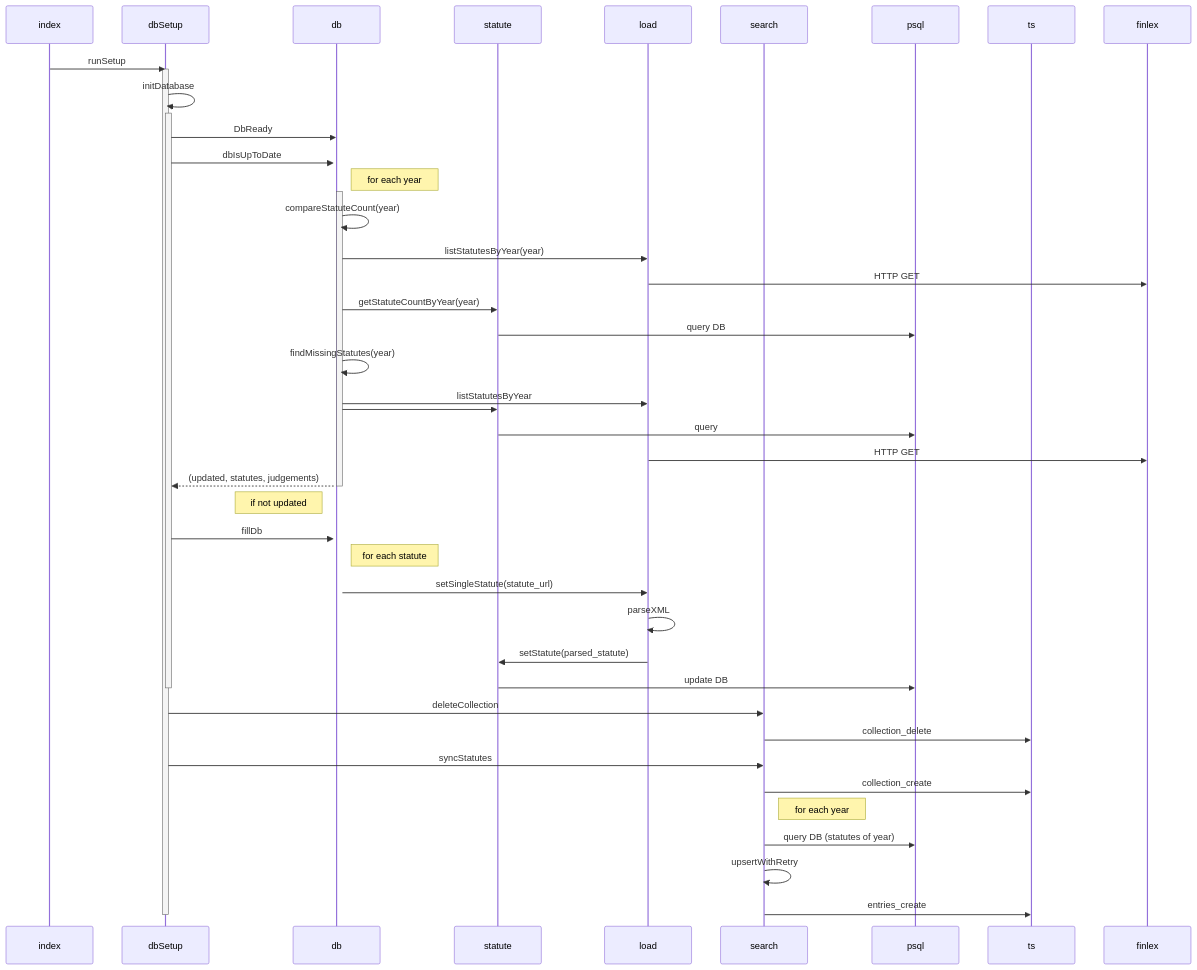
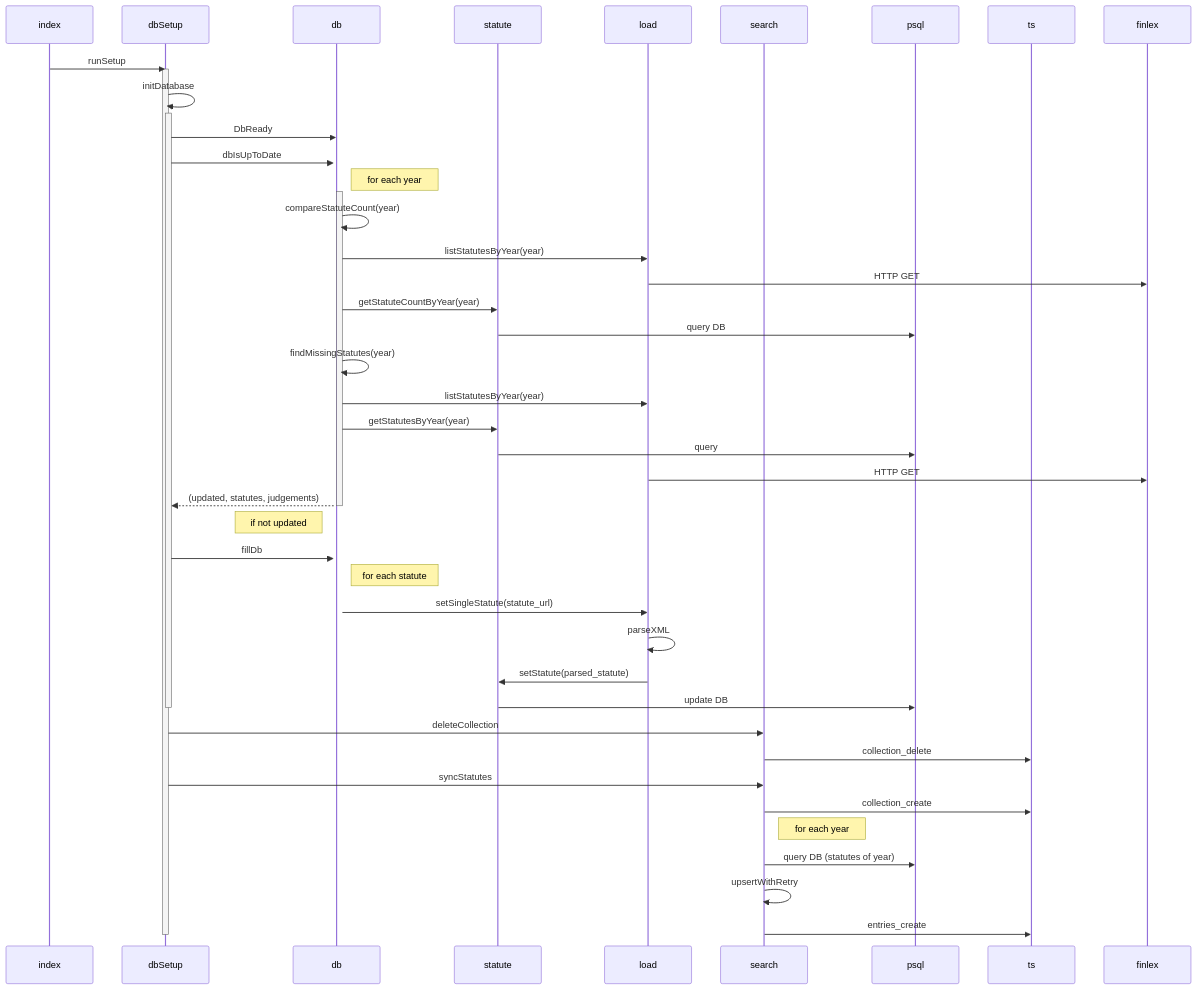
Before and after one commit to UniversityOfHelsinkiCS/finlex: the diagram in README.md, drawn with Mermaid.

Commit message:
fix diagram moar

````diff
--- a/README.md
+++ b/README.md
@@ -18,51 +18,51 @@
 ```mermaid
 sequenceDiagram
   participant index
   participant dbSetup
   participant db
   participant statute
   participant load
   participant search
   participant psql
   participant ts
   participant finlex
 
   index ->> dbSetup: runSetup
   activate dbSetup
   dbSetup ->> dbSetup: initDatabase
   activate dbSetup
   dbSetup ->> db: DbReady
   dbSetup ->>+ db: dbIsUpToDate
   Note right of db: for each year
   activate db
   db ->> db: compareStatuteCount(year)
   db ->> load: listStatutesByYear(year)
   load ->> finlex: HTTP GET
   db ->> statute: getStatuteCountByYear(year)
   statute ->> psql: query DB
   db ->> db: findMissingStatutes(year)
-  db ->> load : listStatutesByYear
-  db ->> statute: 
+  db ->> load : listStatutesByYear(year)
+  db ->> statute: getStatutesByYear(year)
   statute ->> psql: query
   load ->> finlex: HTTP GET
   db -->> dbSetup: (updated, statutes, judgements)
   deactivate db
   Note left of db: if not updated
   dbSetup ->> db: fillDb
   activate db
   Note right of db: for each statute
   db ->> load: setSingleStatute(statute_url)
   load ->> load: parseXML
   load ->> statute: setStatute(parsed_statute)
   statute ->> psql: update DB
   deactivate dbSetup
   dbSetup ->> search: deleteCollection
   search ->> ts: collection_delete
   dbSetup ->> search: syncStatutes
   search ->> ts: collection_create
   Note right of search: for each year
   search ->> psql: query DB (statutes of year)
   search ->> search: upsertWithRetry
   search ->> ts: entries_create
   deactivate dbSetup
 ```
````
